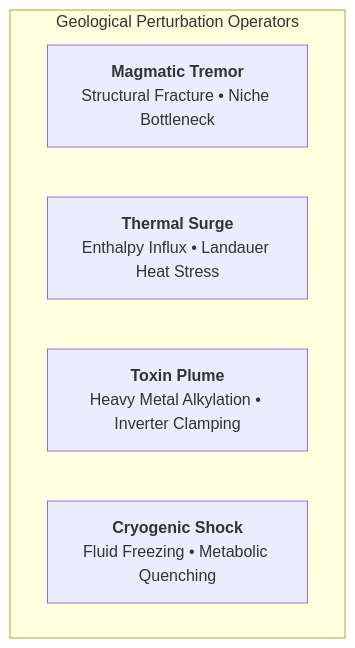
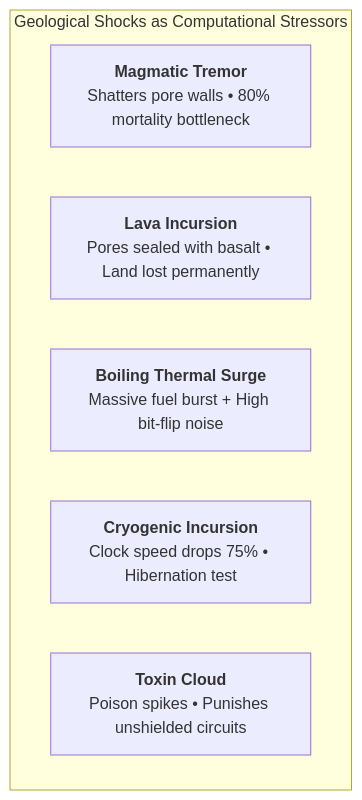
One commit to ianohlander/Siliquarium changed the fifth of 6 diagrams in docs/REALITY_TO_SIMULATION_TRANSLATION_MATRIX.md. Above: the diagram before and after it, drawn with Mermaid. The commit also changed other lines of this file and 1 other file, not shown here.

Commit message:
docs: redesign translation matrix with plain-English tri-domain structure, syntax-error-free diagrams, and clear examples

````diff
--- a/docs/REALITY_TO_SIMULATION_TRANSLATION_MATRIX.md
+++ b/docs/REALITY_TO_SIMULATION_TRANSLATION_MATRIX.md
@@ -181,9 +269,10 @@
 ```mermaid
 flowchart TD
-    subgraph Tectonics["Geological Perturbation Operators"]
-        G1["<b>Magmatic Tremor</b><br/>Structural Fracture • Niche Bottleneck"]
-        G2["<b>Thermal Surge</b><br/>Enthalpy Influx • Landauer Heat Stress"]
-        G3["<b>Toxin Plume</b><br/>Heavy Metal Alkylation • Inverter Clamping"]
-        G4["<b>Cryogenic Shock</b><br/>Fluid Freezing • Metabolic Quenching"]
+    subgraph Cataclysms["Geological Shocks as Computational Stressors"]
+        E1["<b>Magmatic Tremor</b><br/>Shatters pore walls • 80% mortality bottleneck"]
+        E2["<b>Lava Incursion</b><br/>Pores sealed with basalt • Land lost permanently"]
+        E3["<b>Boiling Thermal Surge</b><br/>Massive fuel burst + High bit-flip noise"]
+        E4["<b>Cryogenic Incursion</b><br/>Clock speed drops 75% • Hibernation test"]
+        E5["<b>Toxin Cloud</b><br/>Poison spikes • Punishes unshielded circuits"]
     end
 ```
````
